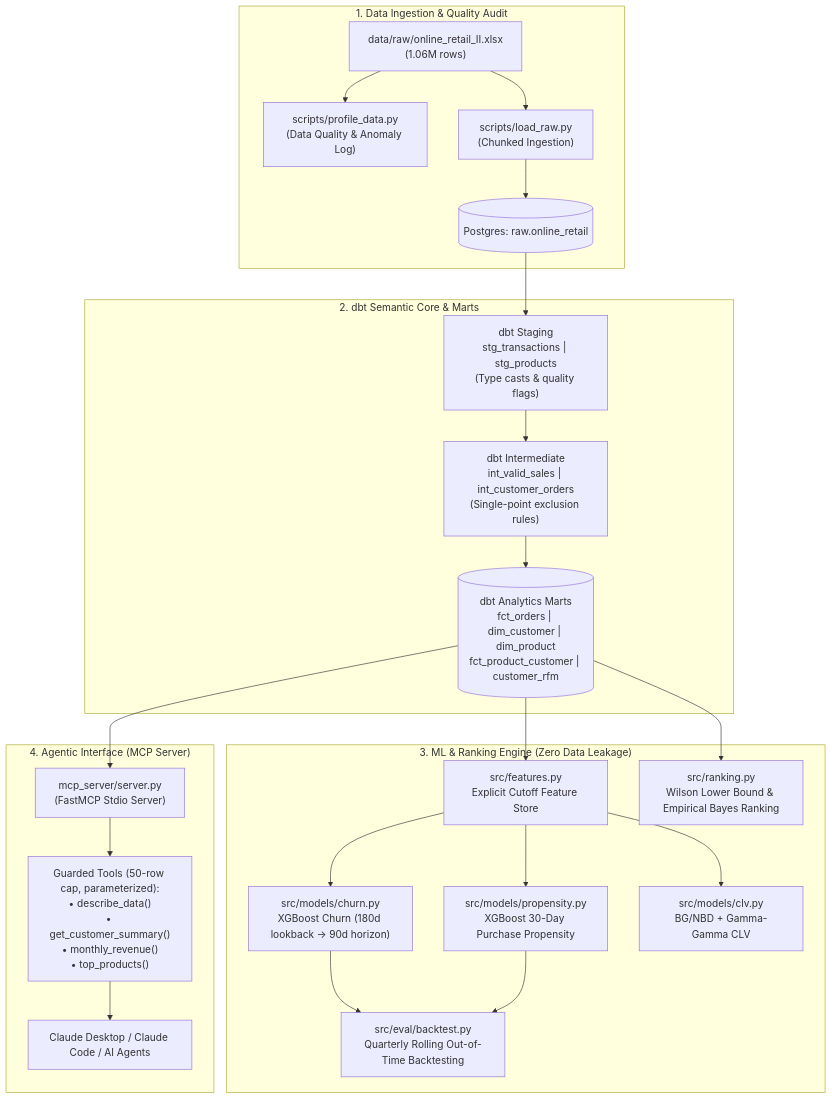
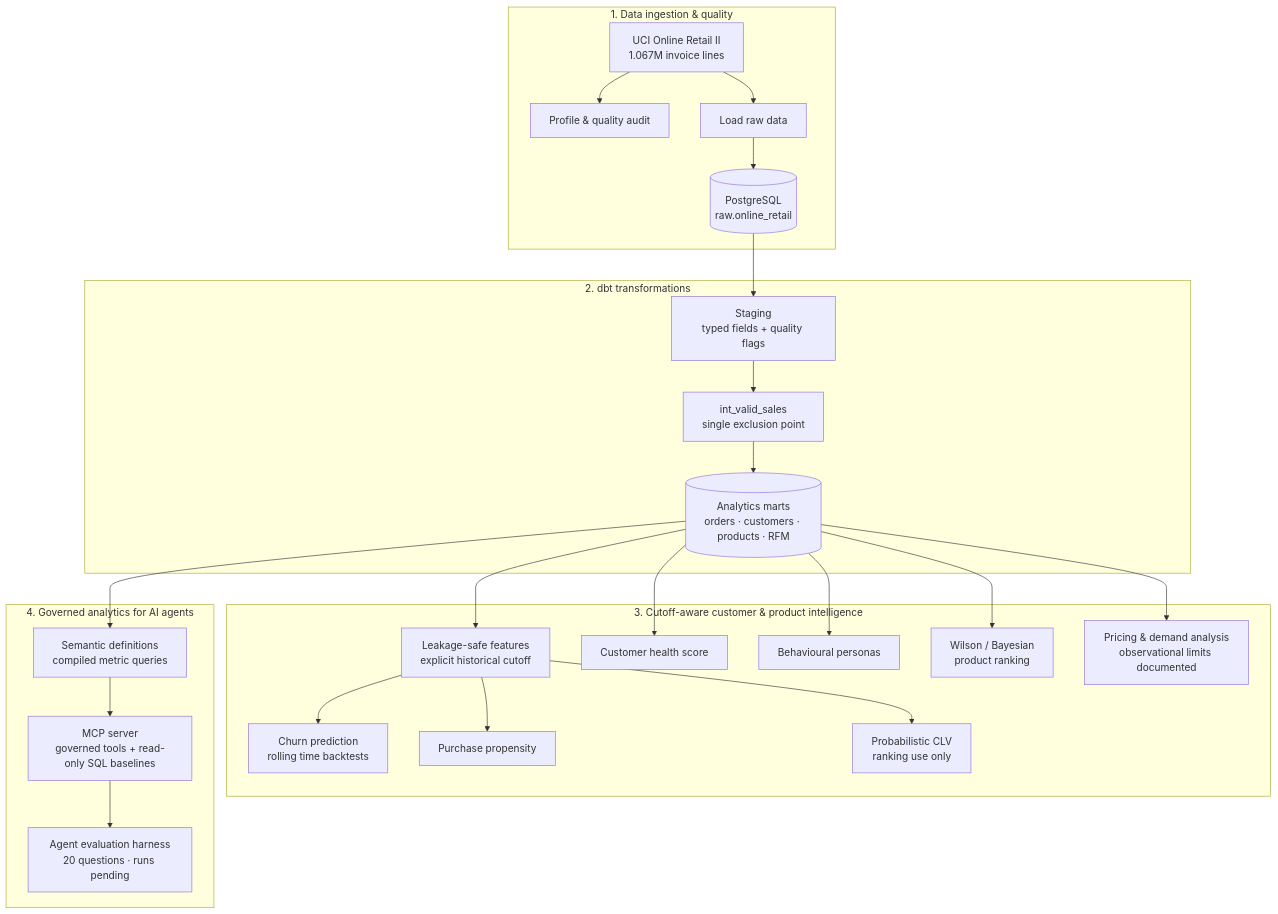
Before and after one commit to nikitasharma1203/retainx: the diagram in README.md, drawn with Mermaid. The commit also changed other lines of this file, not shown here.

````diff
--- a/README.md
+++ b/README.md
@@ -18,29 +67,31 @@
 ```mermaid
 flowchart TD
-    subgraph DataIngestion ["1. Data Ingestion & Quality Audit"]
-        RAW["data/raw/online_retail_II.xlsx<br/>(1.06M rows)"] --> PROF["scripts/profile_data.py<br/>(Data Quality & Anomaly Log)"]
-        RAW --> LOAD["scripts/load_raw.py<br/>(Chunked Ingestion)"]
-        LOAD --> PG_RAW[("Postgres: raw.online_retail")]
+    subgraph Ingestion["1. Data ingestion & quality"]
+        FILE["UCI Online Retail II<br/>1.067M invoice lines"] --> PROFILE["Profile & quality audit"]
+        FILE --> LOAD["Load raw data"]
+        LOAD --> RAW[("PostgreSQL<br/>raw.online_retail")]
     end
 
-    subgraph ELT ["2. dbt Semantic Core & Marts"]
-        PG_RAW --> STG["dbt Staging<br/>stg_transactions | stg_products<br/>(Type casts & quality flags)"]
-        STG --> INT["dbt Intermediate<br/>int_valid_sales | int_customer_orders<br/>(Single-point exclusion rules)"]
-        INT --> MARTS[("dbt Analytics Marts<br/>fct_orders | dim_customer | dim_product<br/>fct_product_customer | customer_rfm")]
+    subgraph Transform["2. dbt transformations"]
+        RAW --> STG["Staging<br/>typed fields + quality flags"]
+        STG --> VALID["int_valid_sales<br/>single exclusion point"]
+        VALID --> MARTS[("Analytics marts<br/>orders · customers · products · RFM")]
     end
 
-    subgraph Intelligence ["3. ML & Ranking Engine (Zero Data Leakage)"]
-        MARTS --> FEAT["src/features.py<br/>Explicit Cutoff Feature Store"]
-        FEAT --> CHURN["src/models/churn.py<br/>XGBoost Churn (180d lookback -> 90d horizon)"]
-        FEAT --> PROP["src/models/propensity.py<br/>XGBoost 30-Day Purchase Propensity"]
-        FEAT --> CLV["src/models/clv.py<br/>BG/NBD + Gamma-Gamma CLV"]
-        MARTS --> RANK["src/ranking.py<br/>Wilson Lower Bound & Empirical Bayes Ranking"]
-        CHURN & PROP --> BACKTEST["src/eval/backtest.py<br/>Quarterly Rolling Out-of-Time Backtesting"]
+    subgraph Intelligence["3. Cutoff-aware customer & product intelligence"]
+        MARTS --> FEATURES["Leakage-safe features<br/>explicit historical cutoff"]
+        FEATURES --> CHURN["Churn prediction<br/>rolling time backtests"]
+        FEATURES --> PROP["Purchase propensity"]
+        FEATURES --> CLV["Probabilistic CLV<br/>ranking use only"]
+        MARTS --> HEALTH["Customer health score"]
+        MARTS --> PERSONAS["Behavioural personas"]
+        MARTS --> RANK["Wilson / Bayesian<br/>product ranking"]
+        MARTS --> PRICING["Pricing & demand analysis<br/>observational limits documented"]
     end
 
-    subgraph AgentLayer ["4. Agentic Interface (MCP Server)"]
-        MARTS --> MCP["mcp_server/server.py<br/>(FastMCP Stdio Server)"]
-        MCP --> TOOLS["Guarded Tools (50-row cap, parameterized):<br/>• describe_data()<br/>• get_customer_summary()<br/>• monthly_revenue()<br/>• top_products()"]
-        TOOLS --> AGENT["Claude Desktop / Claude Code / AI Agents"]
+    subgraph Agent["4. Governed analytics for AI agents"]
+        MARTS --> SEM["Semantic definitions<br/>compiled metric queries"]
+        SEM --> MCP["MCP server<br/>governed tools + read-only SQL baselines"]
+        MCP --> EVAL["Agent evaluation harness<br/>20 questions · runs pending"]
     end
 ```
````
